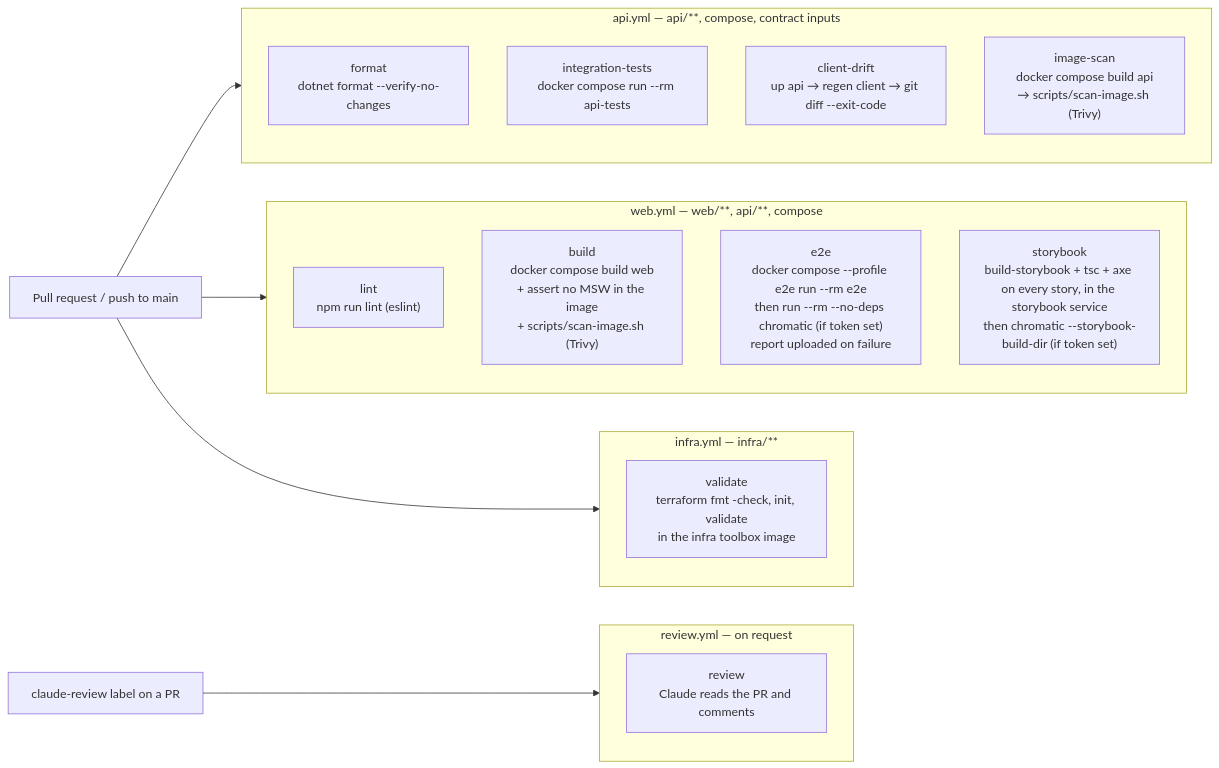
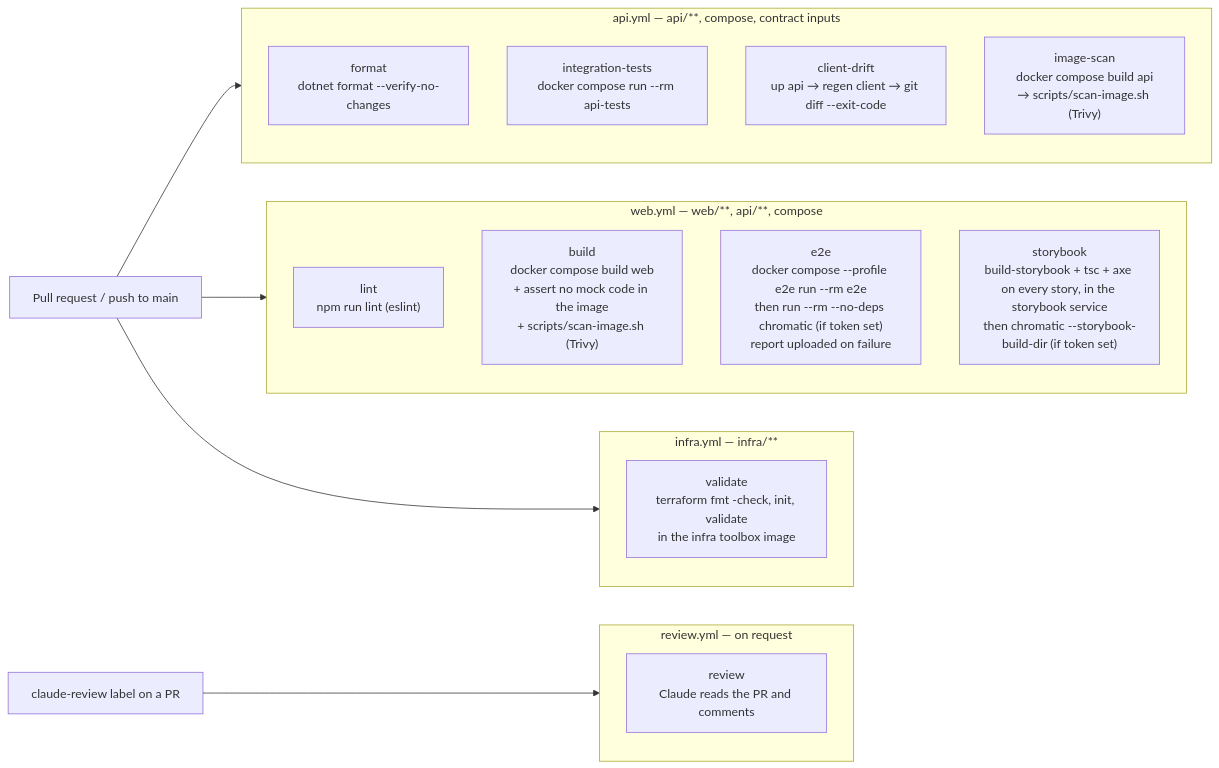
One commit to l1em1on1/social-tennis changed diagram 12 of 12 in docs/architecture.md. Above: the diagram before and after it, drawn with Mermaid. The commit also changed other lines of this file and 32 other files, not shown here.

First line of the commit message:
The mock API becomes its own server: one web build for every environment (#233) (#236)

````diff
--- a/docs/architecture.md
+++ b/docs/architecture.md
@@ -525,23 +525,23 @@
 ```mermaid
 flowchart LR
     subgraph apiwf ["api.yml — api/**, compose, contract inputs"]
         T0["format<br/>dotnet format --verify-no-changes"]
         T1["integration-tests<br/>docker compose run --rm api-tests"]
         T2["client-drift<br/>up api → regen client → git diff --exit-code"]
         T6["image-scan<br/>docker compose build api<br/>→ scripts/scan-image.sh (Trivy)"]
     end
     subgraph webwf ["web.yml — web/**, api/**, compose"]
         T5["lint<br/>npm run lint (eslint)"]
-        T3["build<br/>docker compose build web<br/>+ assert no MSW in the image<br/>+ scripts/scan-image.sh (Trivy)"]
+        T3["build<br/>docker compose build web<br/>+ assert no mock code in the image<br/>+ scripts/scan-image.sh (Trivy)"]
         T4["e2e<br/>docker compose --profile e2e run --rm e2e<br/>then run --rm --no-deps chromatic (if token set)<br/>report uploaded on failure"]
         T7["storybook<br/>build-storybook + tsc + axe on every story, in the storybook service<br/>then chromatic --storybook-build-dir (if token set)"]
     end
     subgraph infrawf ["infra.yml — infra/**"]
         T8["validate<br/>terraform fmt -check, init, validate<br/>in the infra toolbox image"]
     end
     subgraph reviewwf ["review.yml — on request"]
         R1["review<br/>Claude reads the PR and comments"]
     end
     PR[Pull request / push to main] --> apiwf & webwf & infrawf
     LBL["claude-review label on a PR"] --> reviewwf
 ```
````
